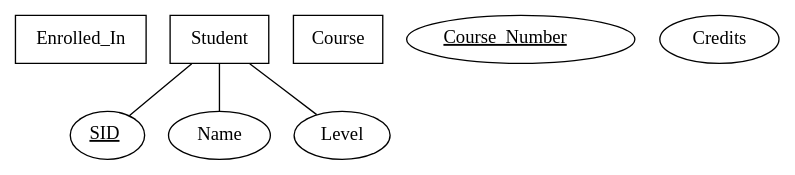
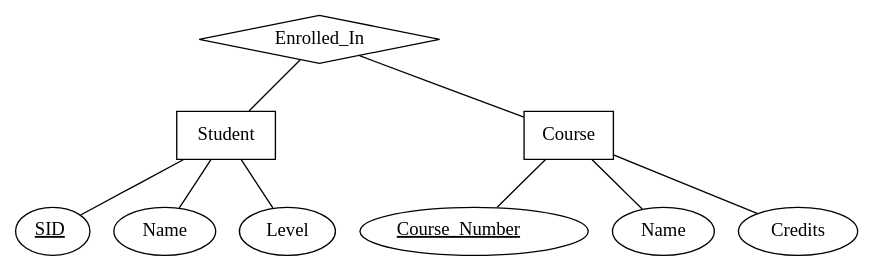
One commit to OZoneGuy/org--docs changed the third of 9 diagrams in 3DB3.org. Above: the diagram before and after it, drawn with Graphviz. The commit also changed other lines of this file and 1 other file, not shown here.

Commit message:
doc - Fixed bad relationship diagram

```diff
--- a/3DB3.org
+++ b/3DB3.org
@@ -138,16 +138,19 @@
    #+BEGIN_SRC dot :file img/DB3/relations_example.png
      graph G {
-       enrolled [shape=diamonf, label=Enrolled_In];
+       enrolled [shape=diamond, label=Enrolled_In];
 
        student [shape=rectangle, label=Student];
        id [label=<<u>SID</u>>];
        name [label=Name];
        level [label=Level];
        student -- {id, name, level};
 
        course [shape=rectangle, label=Course];
        c_num [label=<<u>Course_Number</u>>];
-       name [label=Name];
+       c_name [label=Name];
        cred [label=Credits];
+       course -- {c_num, c_name, cred};
+
+       enrolled -- {course, student};
      }
    #+END_SRC
```
